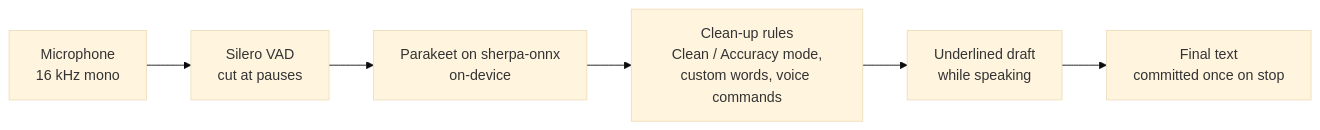
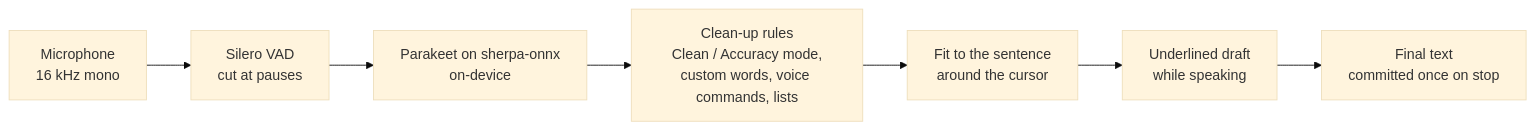
One commit to muhib-karim/humming-keyboard changed the diagram in README.md. Above: the diagram before and after it, drawn with Mermaid (base theme). The commit also changed other lines of this file and 102 other files, not shown here.

````diff
--- a/README.md
+++ b/README.md
@@ -556,8 +269,9 @@
 ```mermaid
 flowchart LR
     Mic[Microphone<br/>16 kHz mono] --> VAD[Silero VAD<br/>cut at pauses]
     VAD --> ASR[Parakeet on sherpa-onnx<br/>on-device]
-    ASR --> Clean[Clean-up rules<br/>Clean / Accuracy mode,<br/>custom words, voice commands]
-    Clean --> Draft[Underlined draft<br/>while speaking]
+    ASR --> Clean[Clean-up rules<br/>Clean / Accuracy mode,<br/>custom words, voice commands, lists]
+    Clean --> Join[Fit to the sentence<br/>around the cursor]
+    Join --> Draft[Underlined draft<br/>while speaking]
     Draft --> Commit[Final text<br/>committed once on stop]
 ```
````
